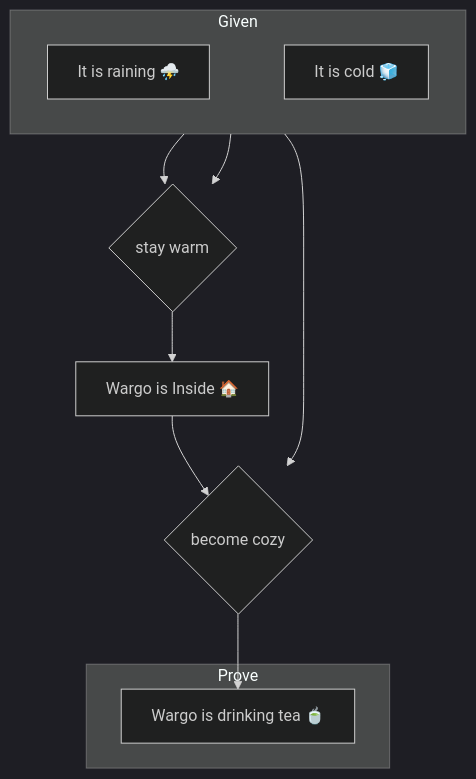
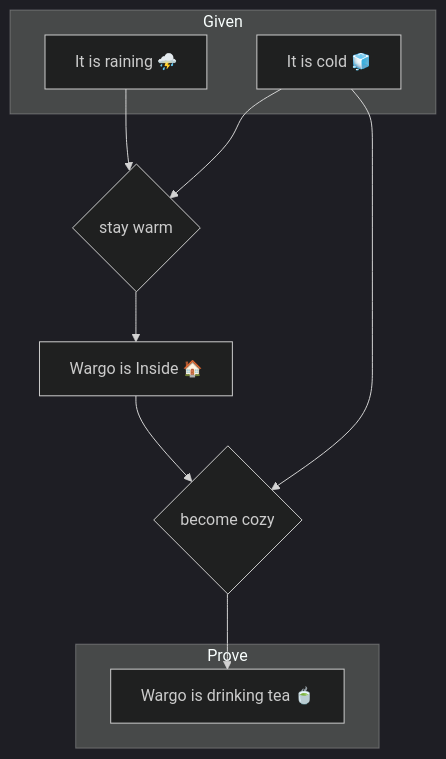
One commit to Codesmith512/mapth changed the diagram in topics/logic_propositional.md. Above: the diagram before and after it, drawn with Mermaid (dark theme). The commit also changed 1 other file, not shown here.

Commit message:
Fixed mermaid diagram styling

````diff
--- a/topics/logic_propositional.md
+++ b/topics/logic_propositional.md
@@ -34,25 +34,23 @@
 ```mermaid
 graph TD
     subgraph Given
-        direction LR
         R[It is raining ⛈️]
         C[It is cold 🧊]
-        R ~~~ C
     end
 
     sw{stay warm}
     bc{become cozy}
     I[Wargo is Inside 🏠]
     
     R --> sw
     C --> sw
     sw --> I
     C --> bc
     I --> bc
 
     bc --> T
     
     subgraph Prove
         T[Wargo is drinking tea 🍵]
     end
 ```
````
